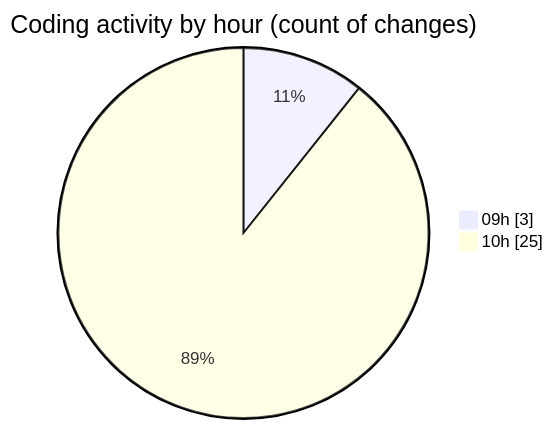
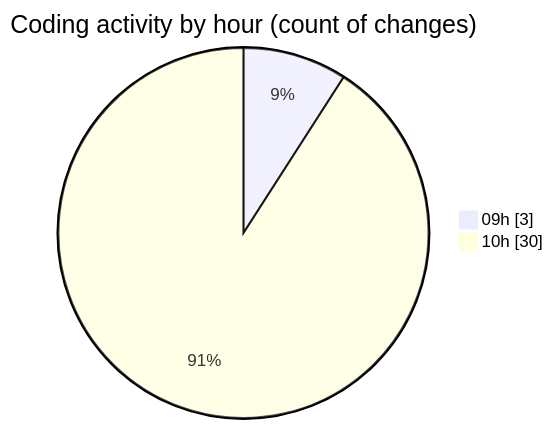
Before and after one commit to CELIANVF/code-tracking: the second of 2 diagrams in 2025-05-19/ecodeli-1/README.md, drawn with Mermaid. The commit also changed other lines of this file and 1 other file, not shown here.

````diff
--- a/2025-05-19/ecodeli-1/README.md
+++ b/2025-05-19/ecodeli-1/README.md
@@ -43,6 +43,6 @@
 ```mermaid
 pie showData
 title Coding activity by hour (count of changes)
 "09h" : 3
-"10h" : 25
+"10h" : 30
 ```
````
